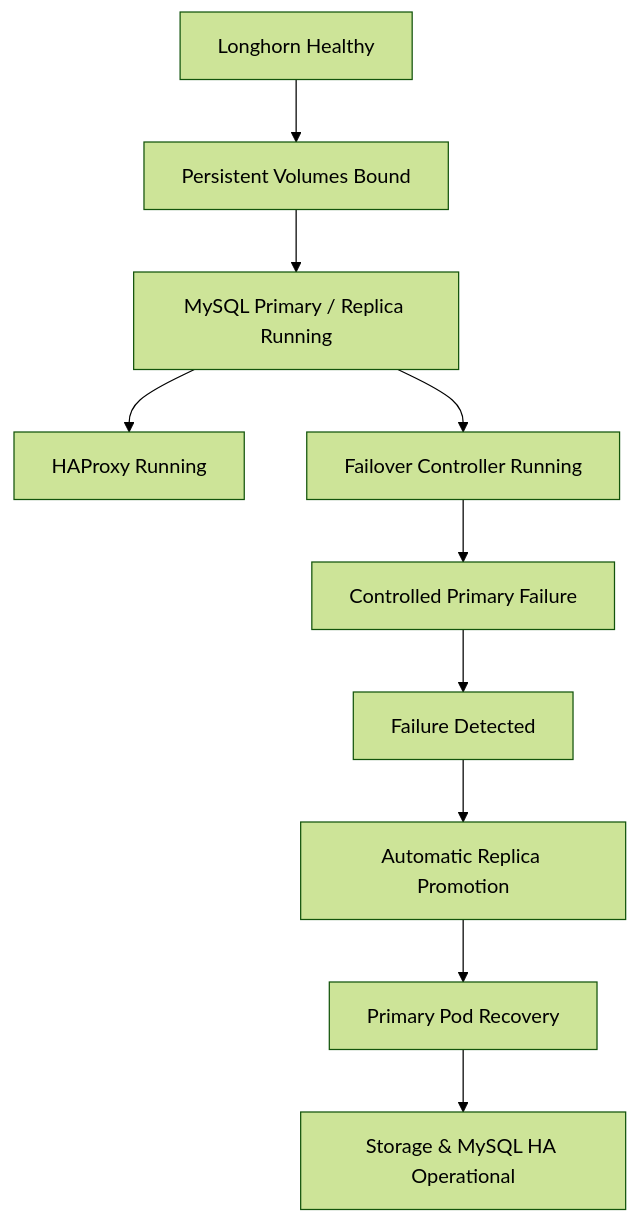
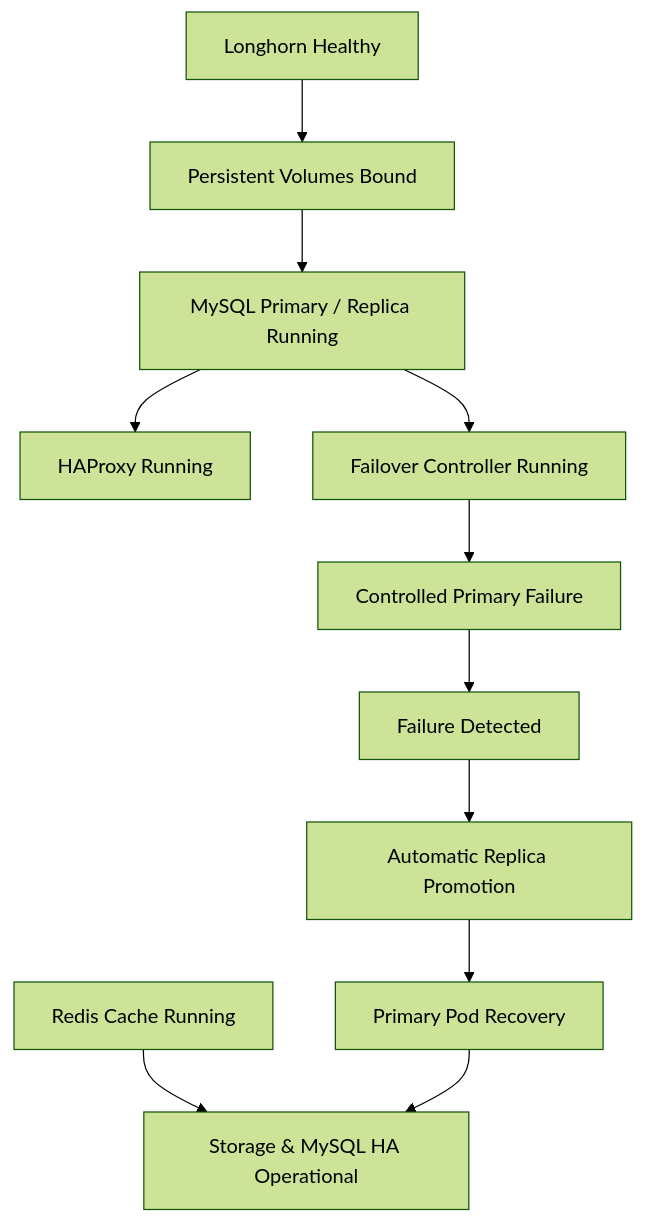
One commit to ahmed-sayed-devops/microservices-platform-gitops changed diagram 22 of 23 in docs/05-storage/README.md. Above: the diagram before and after it, drawn with Mermaid (forest theme). The commit also changed other lines of this file, not shown here.

Commit message:
docs: document Redis caching layer

````diff
--- a/docs/05-storage/README.md
+++ b/docs/05-storage/README.md
@@ -678,32 +853,39 @@
 ```mermaid
 graph TD
     LH[Longhorn Healthy]
 
     PVC[Persistent Volumes Bound]
 
     MYSQL[MySQL Primary / Replica Running]
+
+    REDIS[Redis Cache Running]
 
     HAPROXY[HAProxy Running]
 
     FC[Failover Controller Running]
 
     TEST[Controlled Primary Failure]
 
     DETECT[Failure Detected]
 
     PROMOTE[Automatic Replica Promotion]
 
     RECOVERY[Primary Pod Recovery]
 
     SUCCESS[Storage & MySQL HA Operational]
 
     LH --> PVC
     PVC --> MYSQL
+
     MYSQL --> HAPROXY
     MYSQL --> FC
+
+    REDIS --> SUCCESS
+
     FC --> TEST
     TEST --> DETECT
     DETECT --> PROMOTE
     PROMOTE --> RECOVERY
+
     RECOVERY --> SUCCESS
 ```
````
